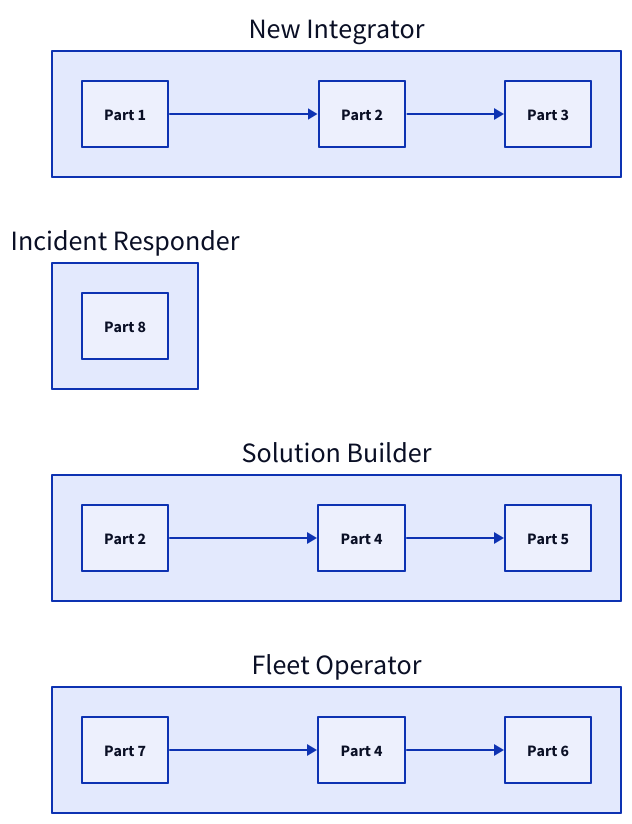
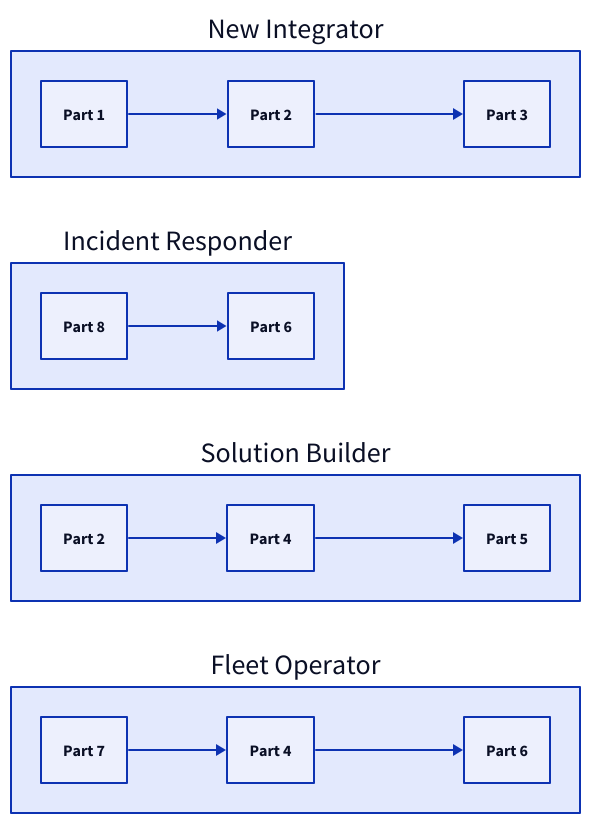
Before and after one commit to admiral-ai/zebra-handheld-rfid-iotc: the second of 2 diagrams in docs/foundations/documentation-guide.md, drawn with D2. The commit also changed other lines of this file and 40 other files, not shown here.

First line of the commit message:
Redesign all 54 D2 diagrams to a unified visual system

````diff
--- a/docs/foundations/documentation-guide.md
+++ b/docs/foundations/documentation-guide.md
@@ -56,27 +57,31 @@
 ```d2
 direction: right
 NI: New Integrator {
   direction: right
   NI1: Part 1
   NI2: Part 2
   NI3: Part 3
   NI1 -> NI2 -> NI3
 }
 SB: Solution Builder {
   direction: right
   SB1: Part 2
   SB2: Part 4
   SB3: Part 5
   SB1 -> SB2 -> SB3
 }
 FO: Fleet Operator {
   direction: right
   FO1: Part 7
   FO2: Part 4
   FO3: Part 6
   FO1 -> FO2 -> FO3
 }
 IR: Incident Responder {
+  direction: right
   IR1: Part 8
+  IR2: Part 6
+  IR1 -> IR2
 }
+
 ```
````
